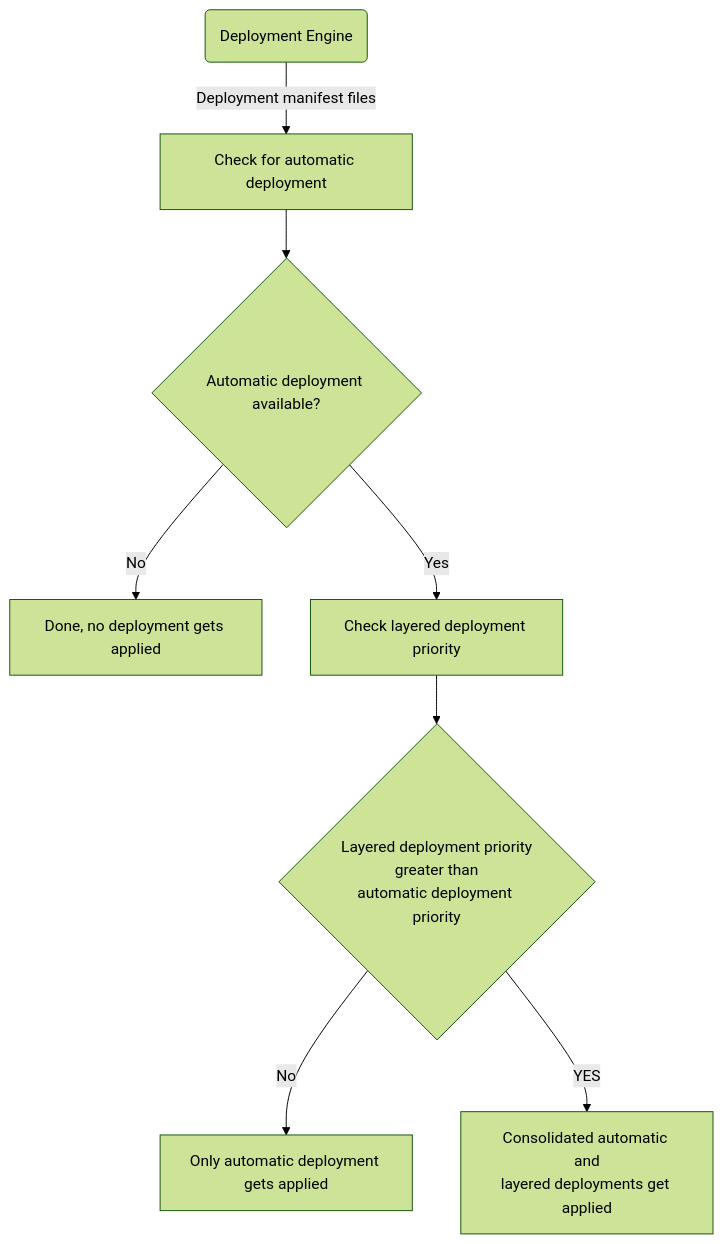
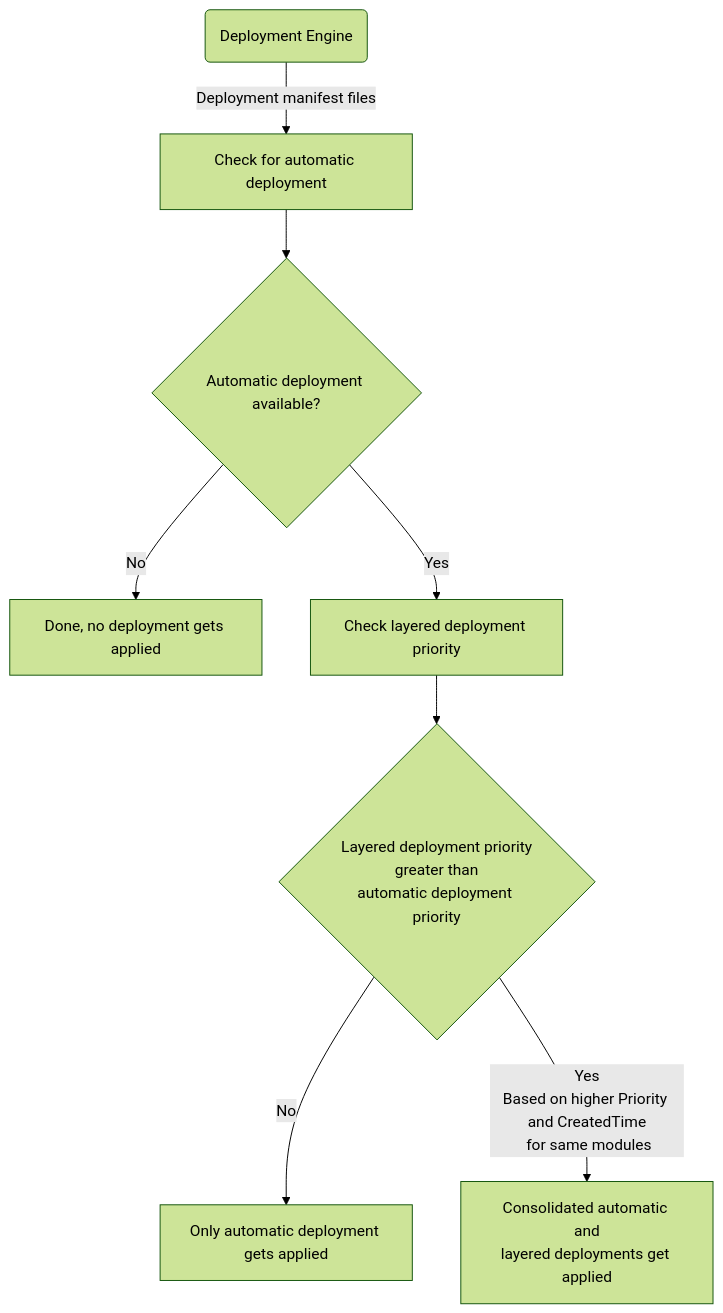
Before and after one commit to Azure-Samples/iot-edge-deployment-engine: the second of 2 diagrams in README.md, drawn with Mermaid (forest theme). The commit also changed other lines of this file and 10 other files, not shown here.

````diff
--- a/README.md
+++ b/README.md
@@ -72,10 +73,10 @@
 ``` mermaid
 graph TD
   A(Deployment Engine) -->|Deployment manifest files| B[Check for automatic deployment];
   B --> C{Automatic deployment available?};
   C -->|No| D[Done, no deployment gets applied];
   C -->|Yes| E[Check layered deployment priority];
   E --> F{"Layered deployment priority<br>greater than<br>automatic deployment priority"};
   F -->|No| G[Only automatic deployment gets applied];
-  F --> |YES| H["Consolidated automatic and<br>layered deployments get applied"];
+  F --> |Yes<br>Based on higher Priority and CreatedTime<br> for same modules| H["Consolidated automatic and<br>layered deployments get applied<br>"];
 ```
````
